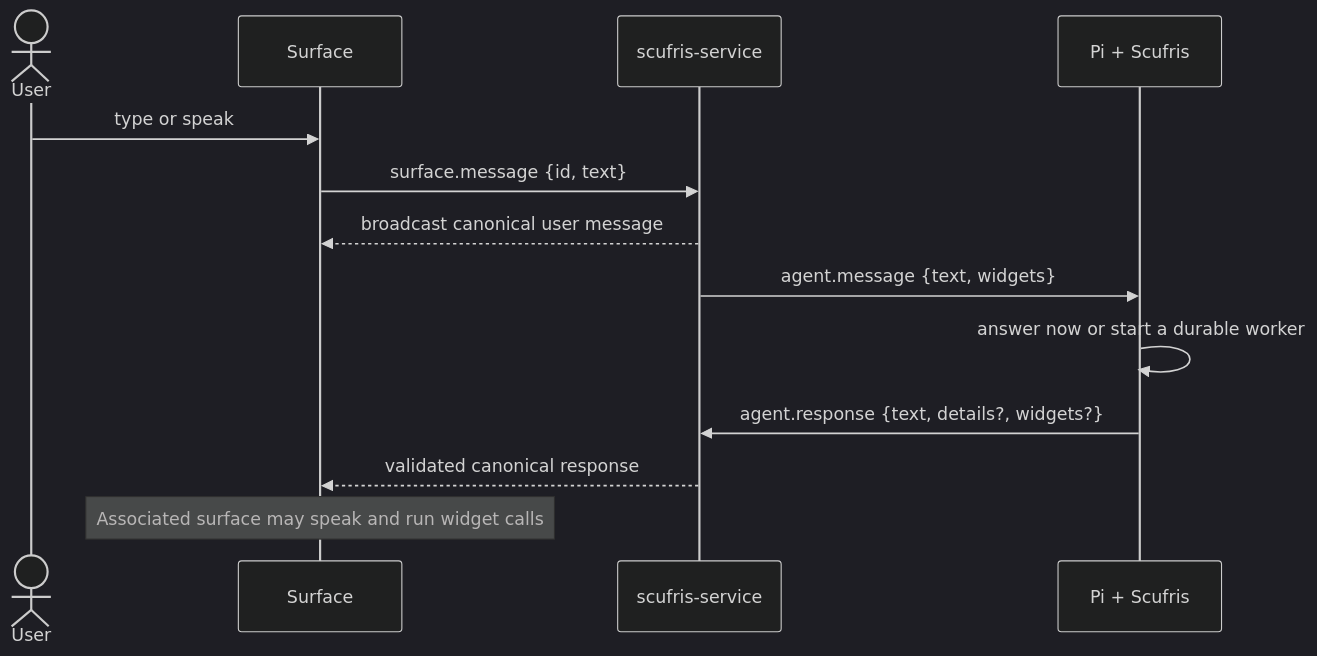
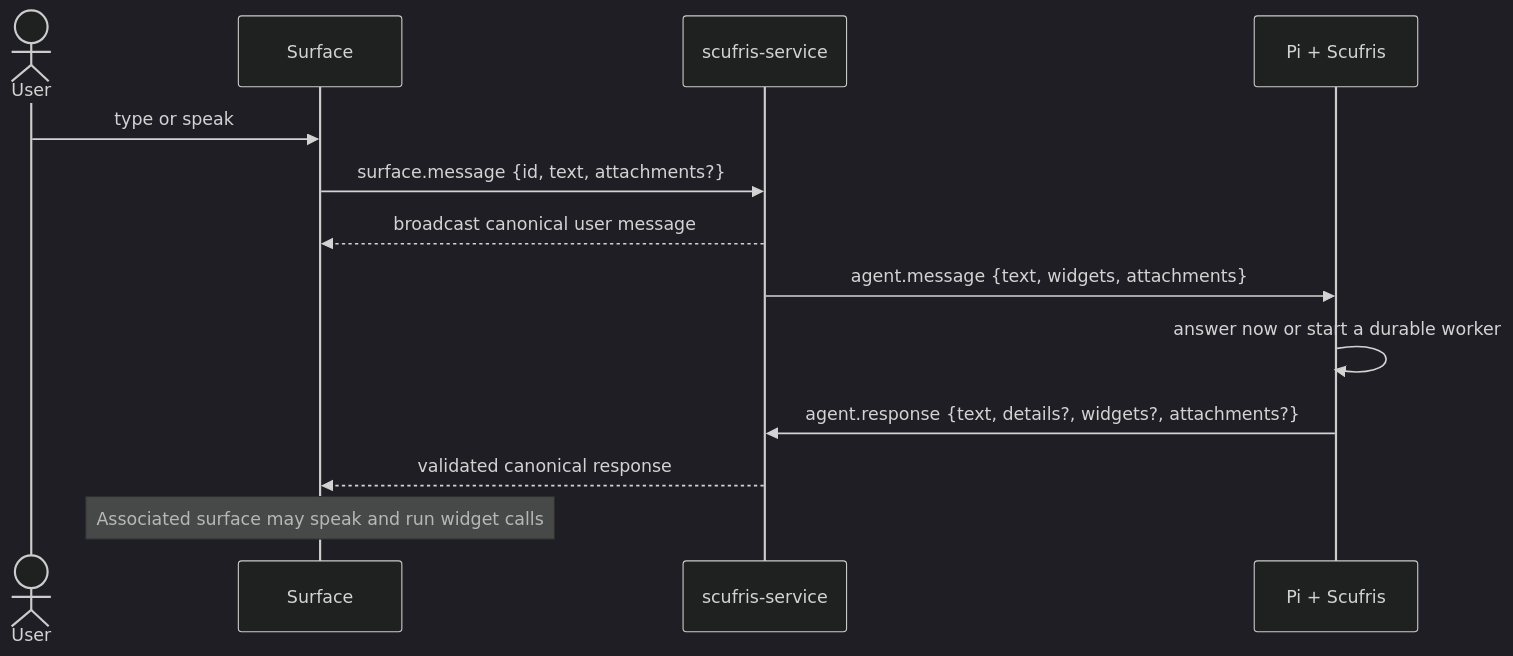
Before and after one commit to alexjercan/scufris2: the second of 5 diagrams in docs/src/dev/architecture.md, drawn with Mermaid (dark theme). The commit also changed other lines of this file and 28 other files, not shown here.

````diff
--- a/docs/src/dev/architecture.md
+++ b/docs/src/dev/architecture.md
@@ -35,15 +35,15 @@
 ```mermaid
 sequenceDiagram
     actor User
     participant Surface
     participant Service as scufris-service
     participant Pi as Pi + Scufris
     User->>Surface: type or speak
-    Surface->>Service: surface.message {id, text}
+    Surface->>Service: surface.message {id, text, attachments?}
     Service-->>Surface: broadcast canonical user message
-    Service->>Pi: agent.message {text, widgets}
+    Service->>Pi: agent.message {text, widgets, attachments}
     Pi->>Pi: answer now or start a durable worker
-    Pi->>Service: agent.response {text, details?, widgets?}
+    Pi->>Service: agent.response {text, details?, widgets?, attachments?}
     Service-->>Surface: validated canonical response
     Note over Surface: Associated surface may speak and run widget calls
 ```
````
